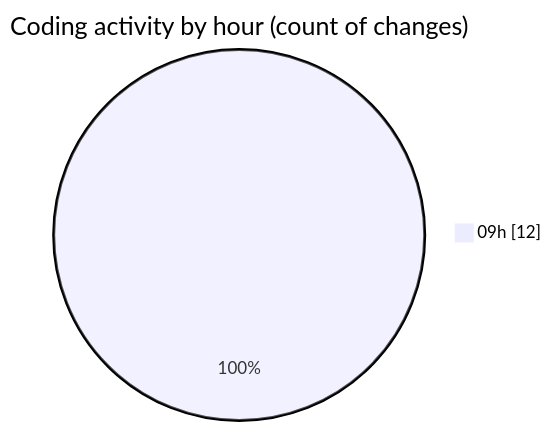
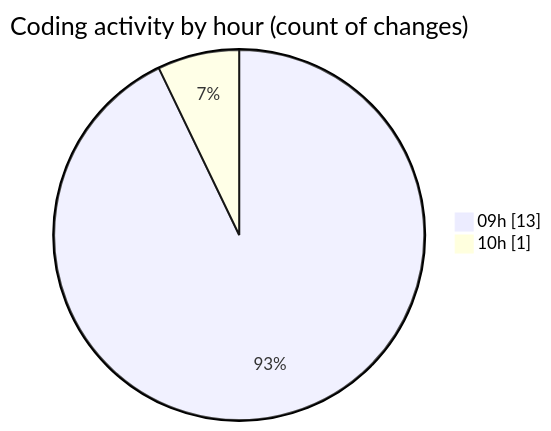
Before and after one commit to momahboobian/code-tracking: the second of 2 diagrams in 2025-03-31/cda/README.md, drawn with Mermaid. The commit also changed other lines of this file and 1 other file, not shown here.

````diff
--- a/2025-03-31/cda/README.md
+++ b/2025-03-31/cda/README.md
@@ -33,5 +33,6 @@
 ```mermaid
 pie showData
 title Coding activity by hour (count of changes)
-"09h" : 12
+"09h" : 13
+"10h" : 1
 ```
````
